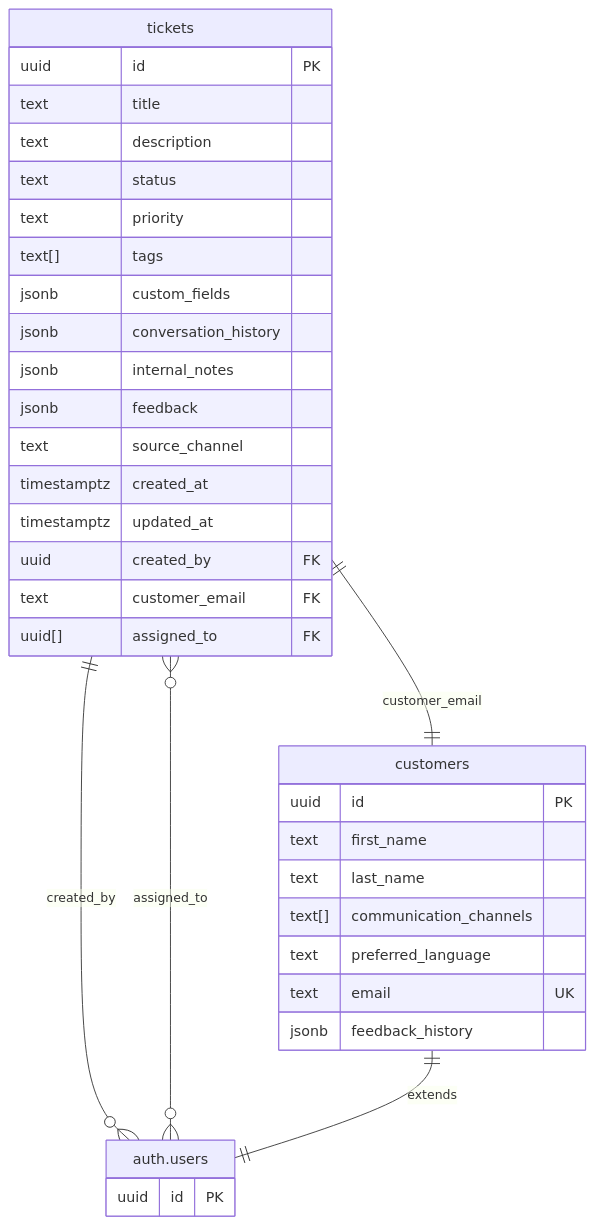
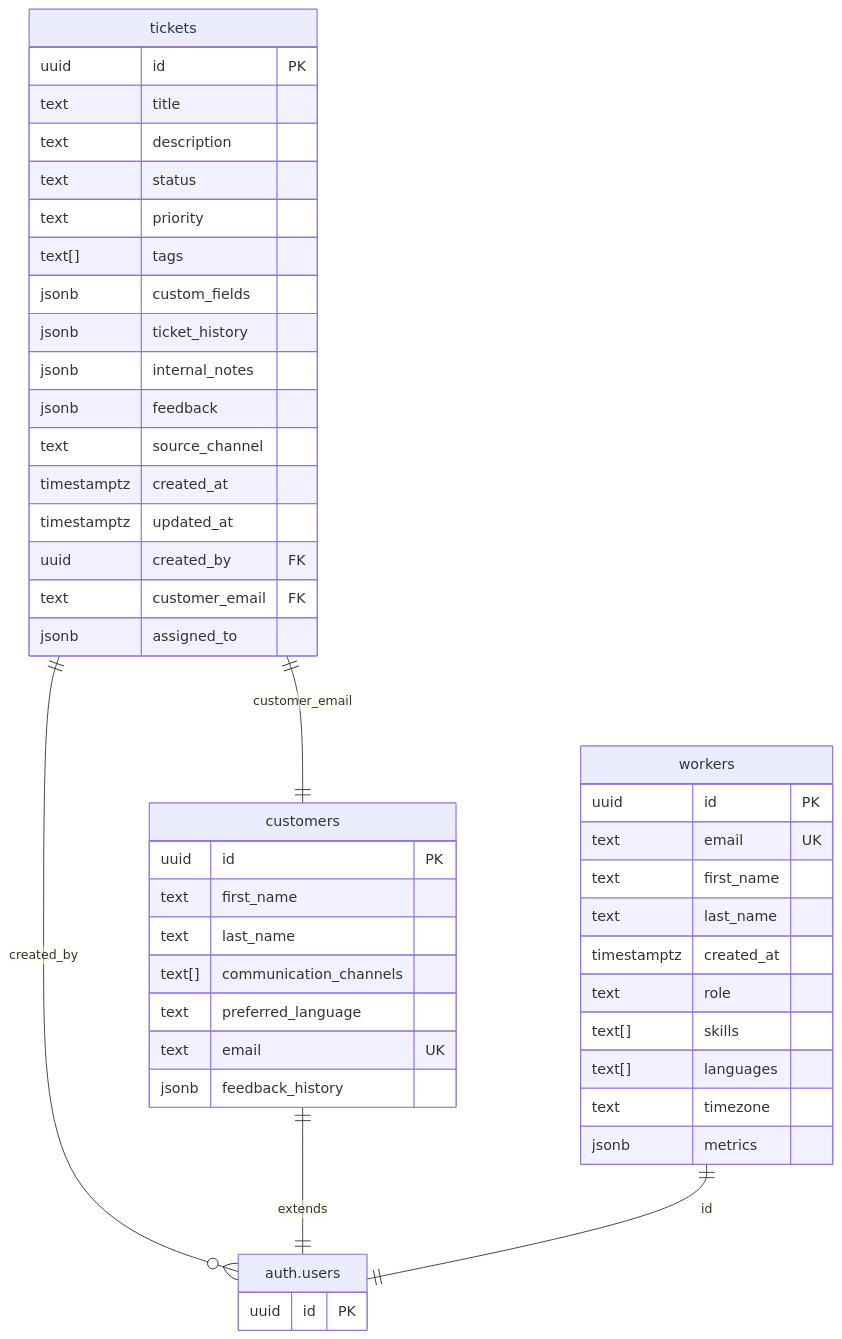
One commit to arpankg/zendesk-clone changed the diagram in DATABASE.md. Above: the diagram before and after it, drawn with Mermaid. The commit also changed other lines of this file and 7 other files, not shown here.

````diff
--- a/DATABASE.md
+++ b/DATABASE.md
@@ -5,40 +5,53 @@
 ```mermaid
 erDiagram
     tickets {
         uuid id PK
         text title
         text description
         text status
         text priority
         text[] tags
         jsonb custom_fields
-        jsonb conversation_history
+        jsonb ticket_history
         jsonb internal_notes
         jsonb feedback
         text source_channel
         timestamptz created_at
         timestamptz updated_at
         uuid created_by FK
         text customer_email FK
-        uuid[] assigned_to FK
+        jsonb assigned_to
     }
 
     customers {
         uuid id PK
         text first_name
         text last_name
         text[] communication_channels
         text preferred_language
         text email UK
         jsonb feedback_history
     }
 
     auth.users {
         uuid id PK
     }
 
+    workers {
+        uuid id PK
+        text email UK
+        text first_name
+        text last_name
+        timestamptz created_at
+        text role
+        text[] skills
+        text[] languages
+        text timezone
+        jsonb metrics
+    }
+
     tickets ||--o{ auth.users : "created_by"
-    tickets }o--o{ auth.users : "assigned_to"
     tickets ||--|| customers : "customer_email"
     customers ||--|| auth.users : "extends"
+    workers ||--|| auth.users : "id"
 ```
````
